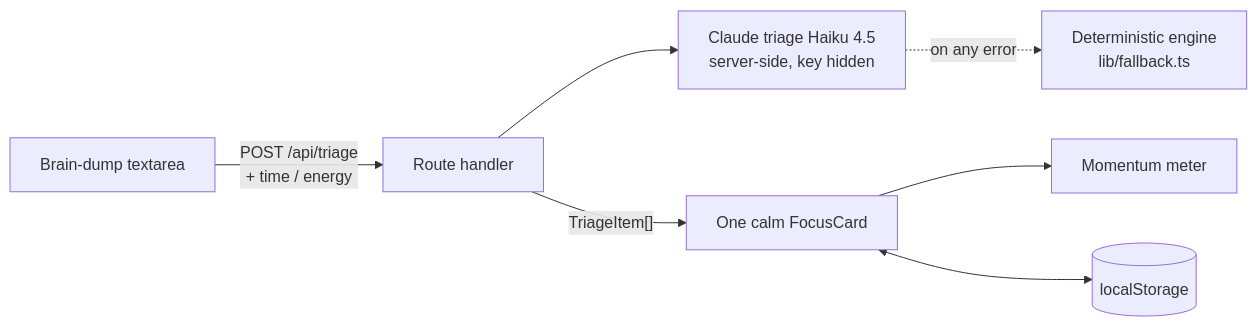
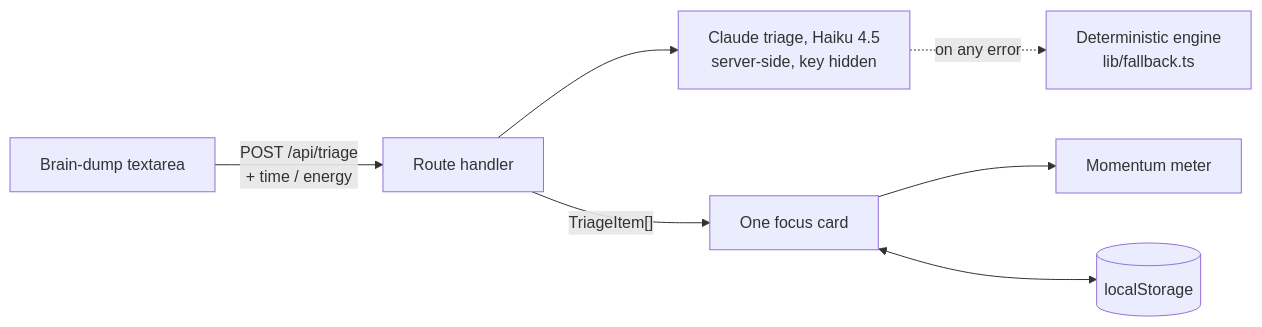
Before and after one commit to thylinao1/unstuck: the diagram in README.md, drawn with Mermaid. The commit also changed other lines of this file and 15 other files, not shown here.

````diff
--- a/README.md
+++ b/README.md
@@ -28,9 +42,9 @@
 ```mermaid
 flowchart LR
   U[Brain-dump textarea] -->|"POST /api/triage<br/>+ time / energy"| R[Route handler]
-  R --> C[Claude triage Haiku 4.5<br/>server-side, key hidden]
+  R --> C[Claude triage, Haiku 4.5<br/>server-side, key hidden]
   C -.->|on any error| F[Deterministic engine<br/>lib/fallback.ts]
-  R -->|"TriageItem[]"| V[One calm FocusCard]
+  R -->|"TriageItem[]"| V[One focus card]
   V --> M[Momentum meter]
   V <--> L[(localStorage)]
 ```
````
